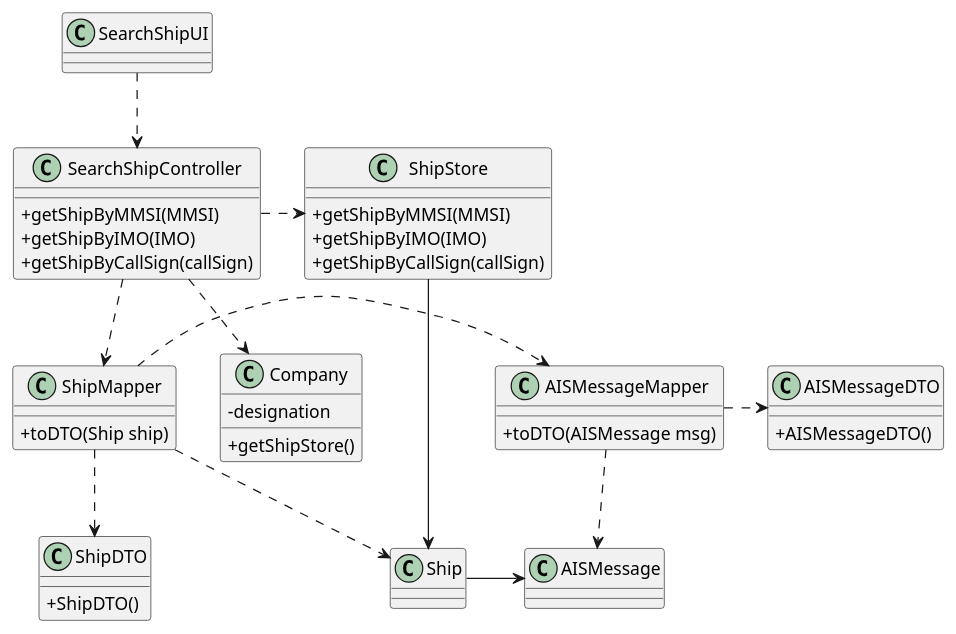
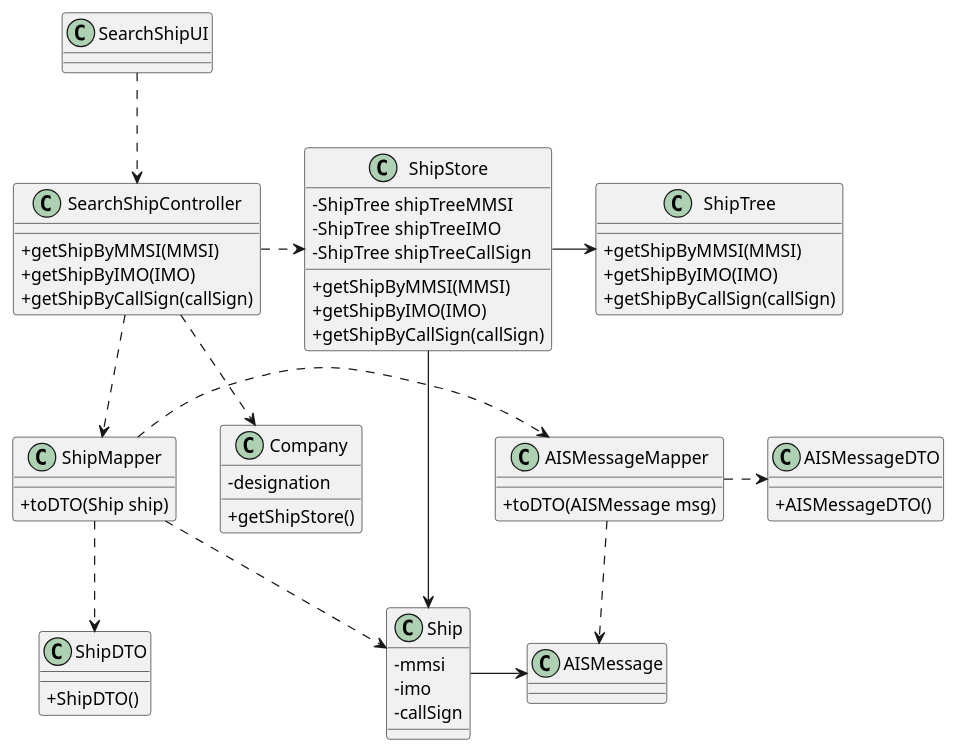
Before and after one commit to mpoboas/lapr3-2021-g102: the diagram in docs/Sprint1/US102/US102_CD.puml, drawn with PlantUML. The commit also changed 5 other files, not shown here.

Commit message:
Added the shipTree class to some diagrams

```diff
--- a/docs/Sprint1/US102/US102_CD.puml
+++ b/docs/Sprint1/US102/US102_CD.puml
@@ -1,47 +1,60 @@
 @startuml
 skinparam classAttributeIconSize 0
 
 class Company {
 -designation
 +getShipStore()
 }
 class SearchShipController {
 +getShipByMMSI(MMSI)
 +getShipByIMO(IMO)
 +getShipByCallSign(callSign)
 }
 class SearchShipUI {
 }
 class ShipStore{
+-ShipTree shipTreeMMSI
+-ShipTree shipTreeIMO
+-ShipTree shipTreeCallSign
 +getShipByMMSI(MMSI)
 +getShipByIMO(IMO)
 +getShipByCallSign(callSign)
 }
 class ShipDTO{
 +ShipDTO()
 }
 class ShipMapper{
 +toDTO(Ship ship)
 }
 class AISMessageDTO{
 +AISMessageDTO()
 }
 class AISMessageMapper{
 +toDTO(AISMessage msg)
 }
-class Ship{}
+class Ship{
+-mmsi
+-imo
+-callSign
+}
 class AISMessage{}
+class ShipTree{
++getShipByMMSI(MMSI)
++getShipByIMO(IMO)
++getShipByCallSign(callSign)
+}
 
 SearchShipUI ..> SearchShipController
 SearchShipController ..> Company
 SearchShipController ..> ShipMapper
 SearchShipController .> ShipStore
 ShipMapper ..> ShipDTO
 ShipMapper .> AISMessageMapper
 ShipMapper ..> Ship
 ShipStore -> Ship
 Ship -> AISMessage
 AISMessageMapper ..> AISMessage
 AISMessageMapper .> AISMessageDTO
+ShipStore -> ShipTree
 
 @enduml
```
